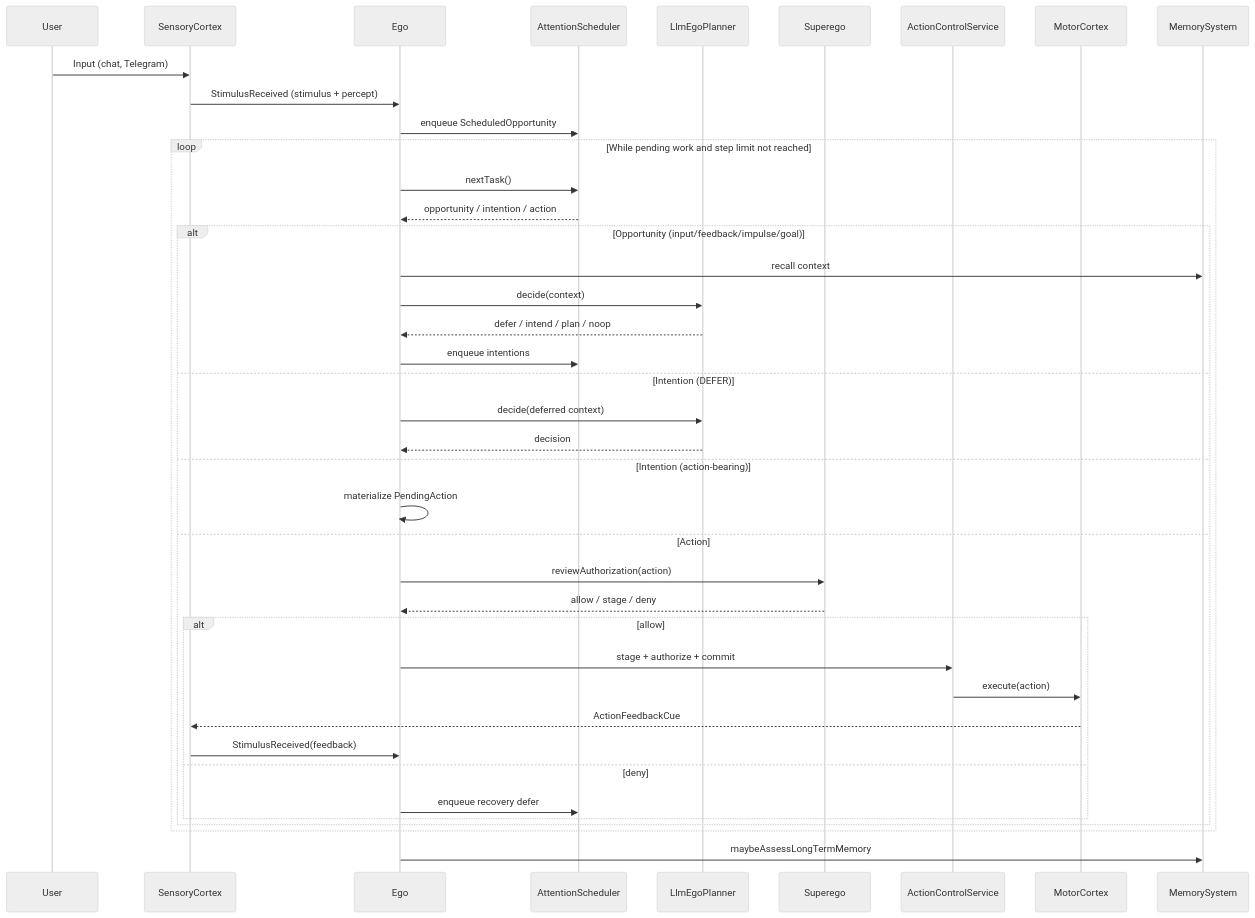
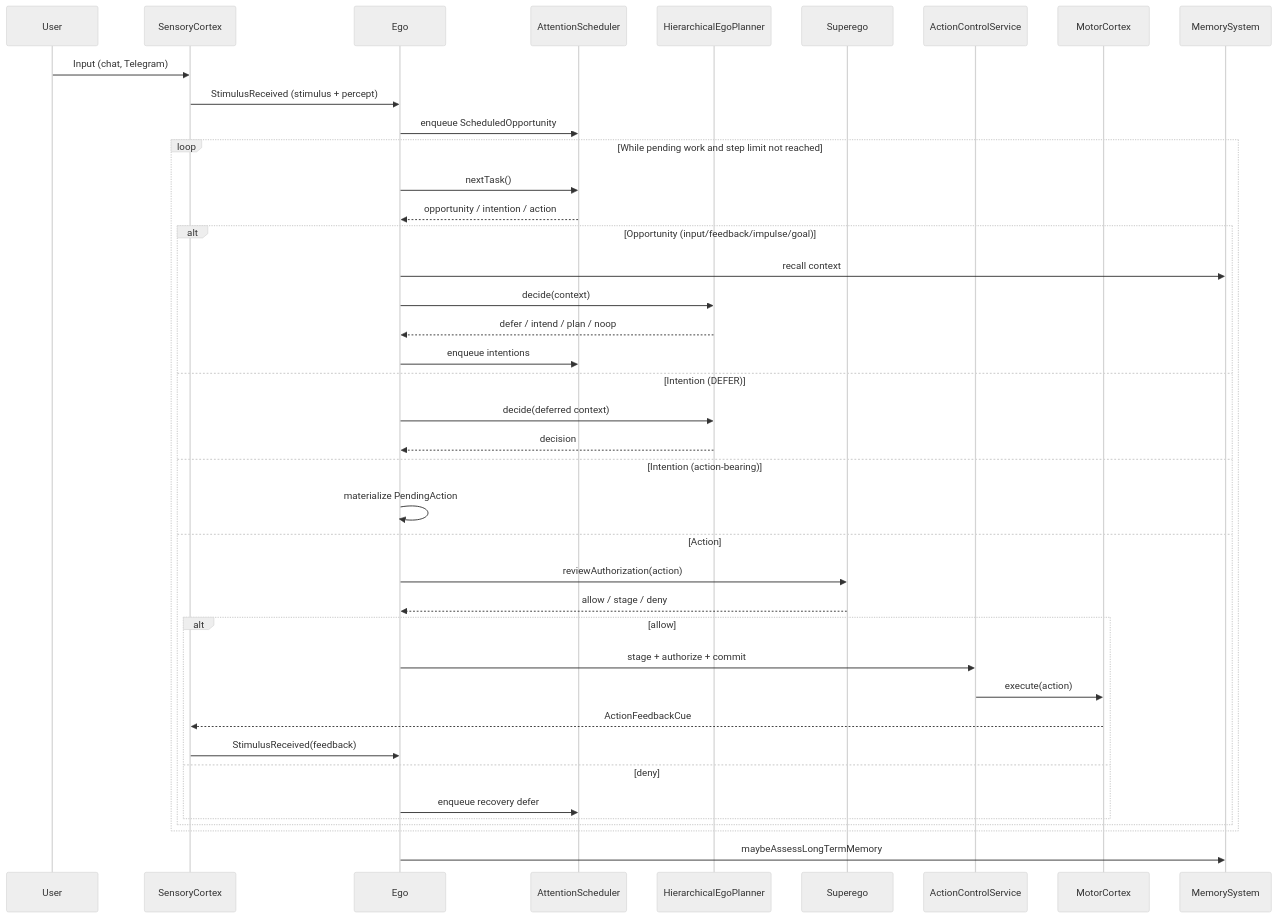
One commit to neopsyke/NeoPsyke changed the third of 8 diagrams in AGENT_LOGIC_DIAGRAM.md. Above: the diagram before and after it, drawn with Mermaid (neutral theme). The commit also changed other lines of this file and 2 other files, not shown here.

First line of the commit message:
docs(planner): update agent logic docs + progress ledger (Step 14)

````diff
--- a/AGENT_LOGIC_DIAGRAM.md
+++ b/AGENT_LOGIC_DIAGRAM.md
@@ -136,46 +145,46 @@
 ```mermaid
 sequenceDiagram
     participant User
     participant SC as SensoryCortex
     participant Ego
     participant Sched as AttentionScheduler
-    participant Planner as LlmEgoPlanner
+    participant Planner as HierarchicalEgoPlanner
     participant Sup as Superego
     participant ACS as ActionControlService
     participant Motor as MotorCortex
     participant Mem as MemorySystem
 
     User->>SC: Input (chat, Telegram)
     SC->>Ego: StimulusReceived (stimulus + percept)
     Ego->>Sched: enqueue ScheduledOpportunity
 
     loop While pending work and step limit not reached
         Ego->>Sched: nextTask()
         Sched-->>Ego: opportunity / intention / action
 
         alt Opportunity (input/feedback/impulse/goal)
             Ego->>Mem: recall context
             Ego->>Planner: decide(context)
             Planner-->>Ego: defer / intend / plan / noop
             Ego->>Sched: enqueue intentions
         else Intention (DEFER)
             Ego->>Planner: decide(deferred context)
             Planner-->>Ego: decision
         else Intention (action-bearing)
             Ego->>Ego: materialize PendingAction
         else Action
             Ego->>Sup: reviewAuthorization(action)
             Sup-->>Ego: allow / stage / deny
             alt allow
                 Ego->>ACS: stage + authorize + commit
                 ACS->>Motor: execute(action)
                 Motor-->>SC: ActionFeedbackCue
                 SC->>Ego: StimulusReceived(feedback)
             else deny
                 Ego->>Sched: enqueue recovery defer
             end
         end
     end
 
     Ego->>Mem: maybeAssessLongTermMemory
 ```
````
